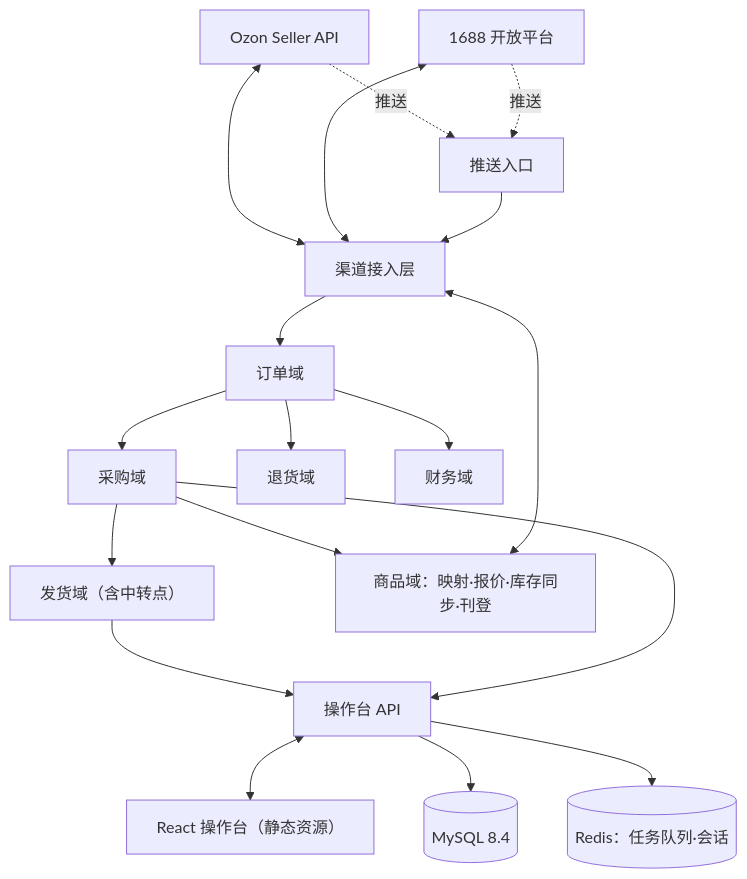
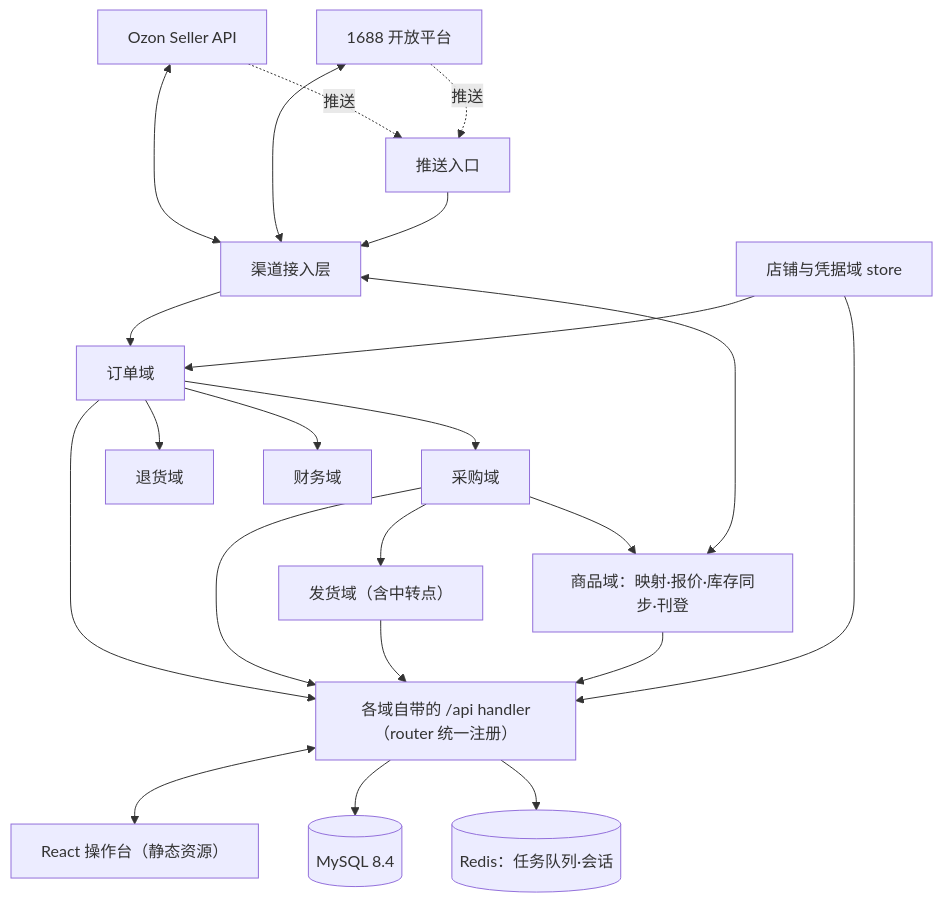
The diagram in docs/specs/spec-fulfillment-hub.md (Strelizialeomon/ozon-dropship), drawn with Mermaid before and after one commit. The commit also changed other lines of this file and 8 other files, not shown here.

````diff
--- a/docs/specs/spec-fulfillment-hub.md
+++ b/docs/specs/spec-fulfillment-hub.md
@@ -106,20 +107,24 @@
 ```mermaid
 flowchart TD
   OZ[Ozon Seller API] <--> CH[渠道接入层]
   AL[1688 开放平台] <--> CH
   OZ -. 推送 .-> IN[推送入口]
   AL -. 推送 .-> IN
   IN --> CH
   CH --> ORD[订单域]
   ORD --> PUR[采购域]
   PUR --> SHP[发货域（含中转点）]
   ORD --> RET[退货域]
   ORD --> FIN[财务域]
   CAT[商品域：映射·报价·库存同步·刊登] <--> CH
   PUR --> CAT
-  SHP --> CON[操作台 API]
-  PUR --> CON
-  CON <--> WEB[React 操作台（静态资源）]
-  CON --> DB[(MySQL 8.4)]
-  CON --> RD[(Redis：任务队列·会话)]
+  ST[店铺与凭据域 store] --> ORD
+  ORD --> API[各域自带的 /api handler（router 统一注册）]
+  PUR --> API
+  SHP --> API
+  CAT --> API
+  ST --> API
+  API <--> WEB[React 操作台（静态资源）]
+  API --> DB[(MySQL 8.4)]
+  API --> RD[(Redis：任务队列·会话)]
 ```
````
